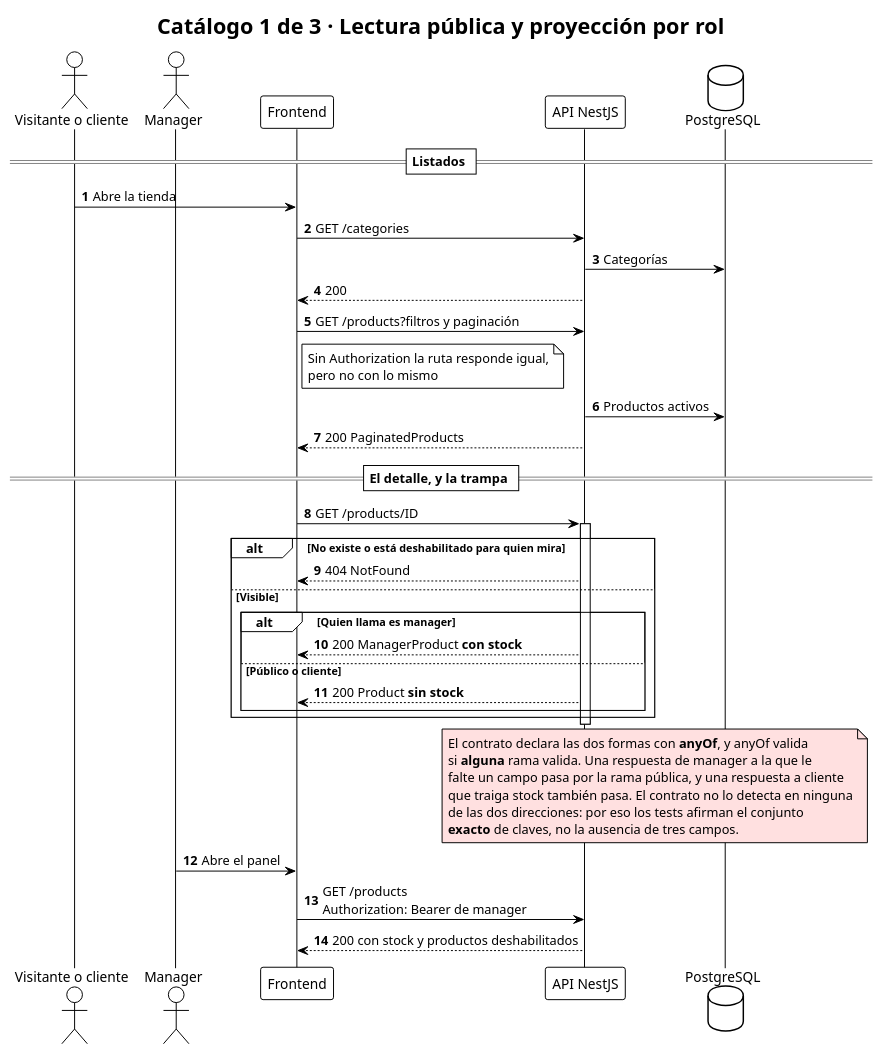
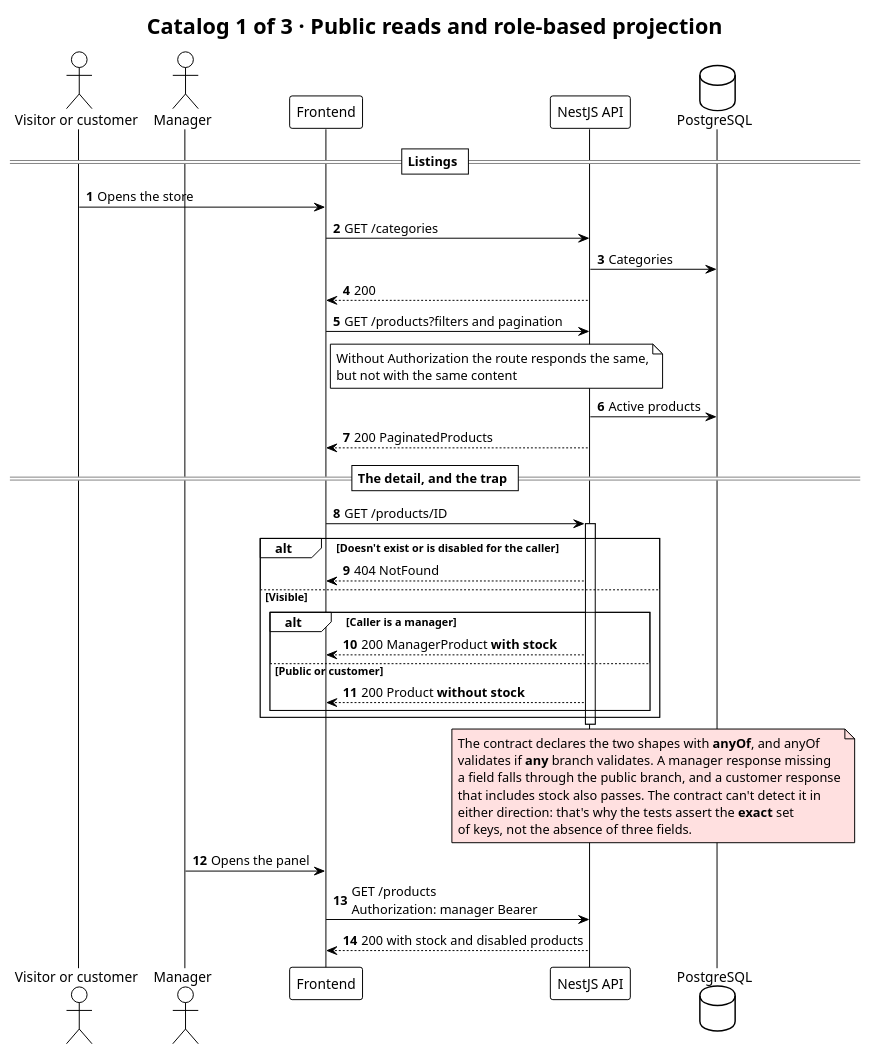
Before and after one commit to fabianespinoza-ravn/tshirt-store-api: the diagram in docs/flows/04-catalog-read.puml, drawn with PlantUML. The commit also changed 10 other files, not shown here.

First line of the commit message:
docs(flows): translate PlantUML diagram content to English

```diff
--- a/docs/flows/04-catalog-read.puml
+++ b/docs/flows/04-catalog-read.puml
@@ -1,49 +1,49 @@
 @startuml
 !theme plain
-title Catálogo 1 de 3 · Lectura pública y proyección por rol
+title Catalog 1 of 3 · Public reads and role-based projection
 autonumber
 skinparam responseMessageBelowArrow true
 
-actor "Visitante o cliente" as U
+actor "Visitor or customer" as U
 actor "Manager" as MG
 participant "Frontend" as F
-participant "API NestJS" as A
+participant "NestJS API" as A
 database "PostgreSQL" as DB
 
-== Listados ==
-U -> F : Abre la tienda
+== Listings ==
+U -> F : Opens the store
 F -> A : GET /categories
-A -> DB : Categorías
+A -> DB : Categories
 A --> F : 200
-F -> A : GET /products?filtros y paginación
-note right of F : Sin Authorization la ruta responde igual,\npero no con lo mismo
-A -> DB : Productos activos
+F -> A : GET /products?filters and pagination
+note right of F : Without Authorization the route responds the same,\nbut not with the same content
+A -> DB : Active products
 A --> F : 200 PaginatedProducts
 
-== El detalle, y la trampa ==
+== The detail, and the trap ==
 F -> A : GET /products/ID
 activate A
-alt No existe o está deshabilitado para quien mira
+alt Doesn't exist or is disabled for the caller
   A --> F : 404 NotFound
 else Visible
-  alt Quien llama es manager
-    A --> F : 200 ManagerProduct **con stock**
-  else Público o cliente
-    A --> F : 200 Product **sin stock**
+  alt Caller is a manager
+    A --> F : 200 ManagerProduct **with stock**
+  else Public or customer
+    A --> F : 200 Product **without stock**
   end
 end
 deactivate A
 note over A, DB #ffe0e0
-  El contrato declara las dos formas con **anyOf**, y anyOf valida
-  si **alguna** rama valida. Una respuesta de manager a la que le
-  falte un campo pasa por la rama pública, y una respuesta a cliente
-  que traiga stock también pasa. El contrato no lo detecta en ninguna
-  de las dos direcciones: por eso los tests afirman el conjunto
-  **exacto** de claves, no la ausencia de tres campos.
+  The contract declares the two shapes with **anyOf**, and anyOf
+  validates if **any** branch validates. A manager response missing
+  a field falls through the public branch, and a customer response
+  that includes stock also passes. The contract can't detect it in
+  either direction: that's why the tests assert the **exact** set
+  of keys, not the absence of three fields.
 end note
 
-MG -> F : Abre el panel
-F -> A : GET /products\nAuthorization: Bearer de manager
-A --> F : 200 con stock y productos deshabilitados
+MG -> F : Opens the panel
+F -> A : GET /products\nAuthorization: manager Bearer
+A --> F : 200 with stock and disabled products
 
 @enduml
```
